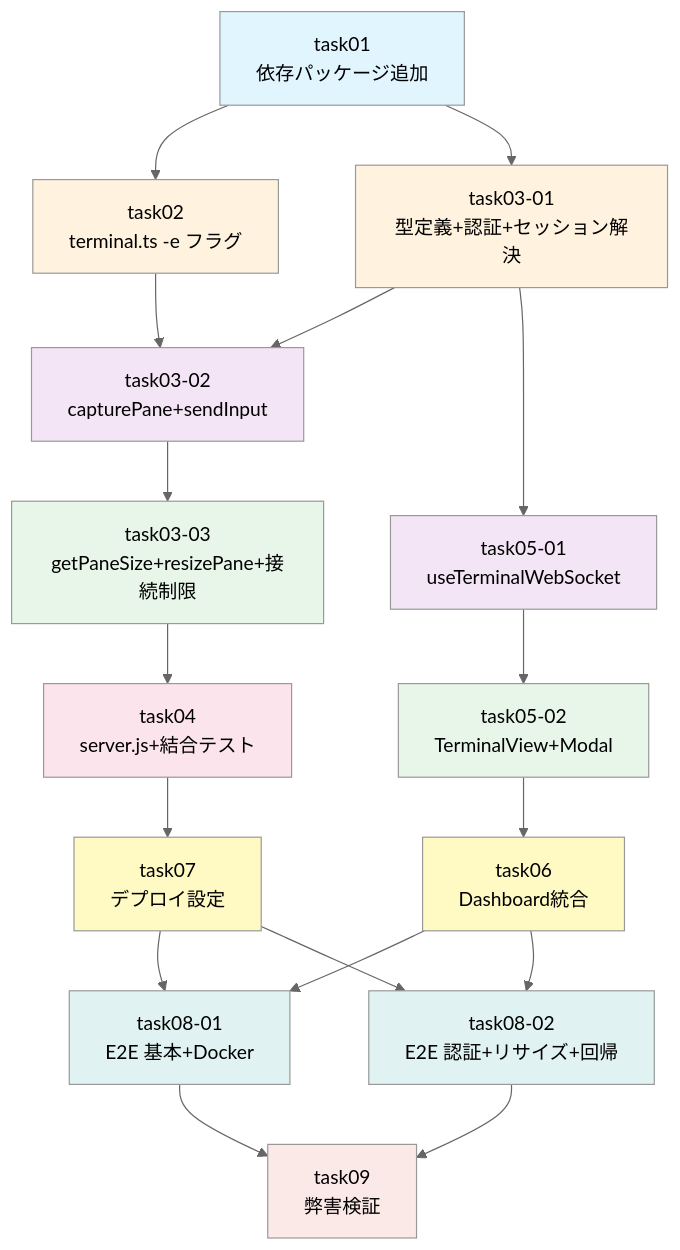
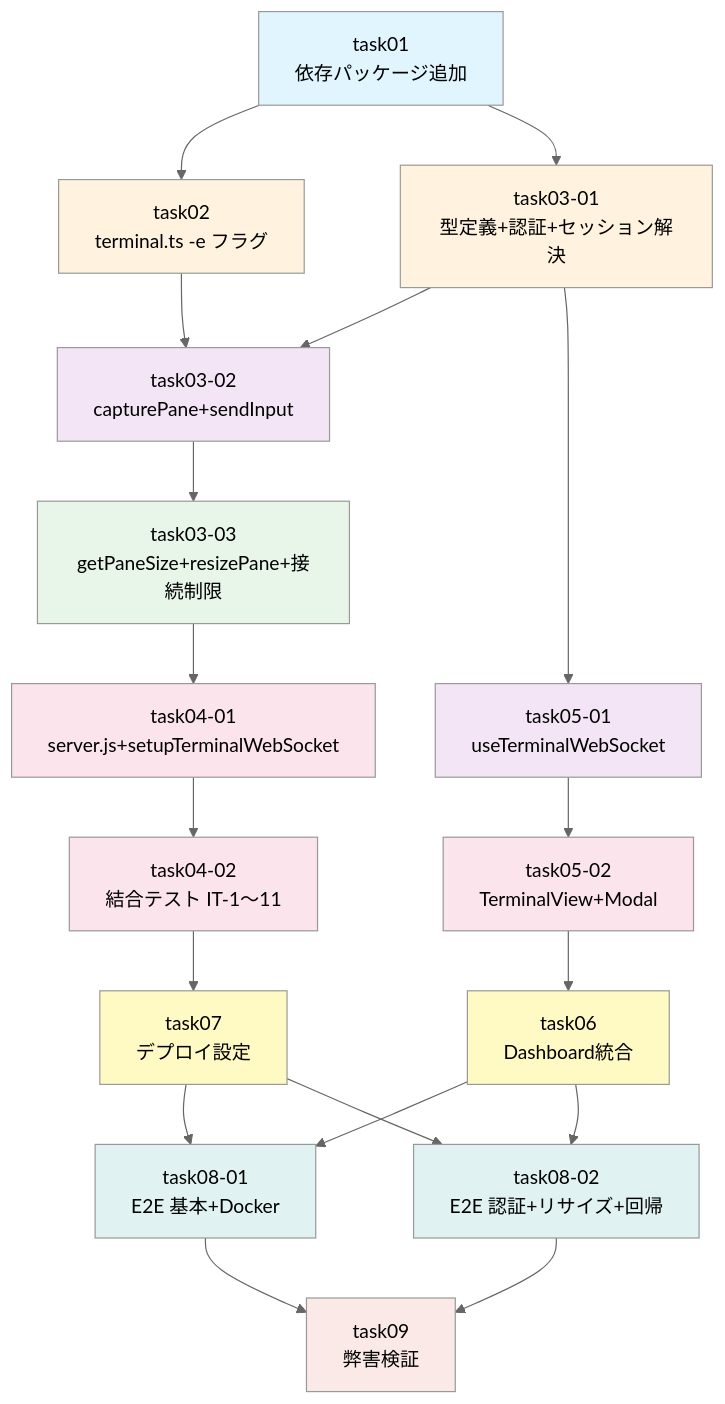
One commit to NagasakaH/dev-process changed the diagram in docs/copilot-session-viewer/plan/task-list.md. Above: the diagram before and after it, drawn with Mermaid (neutral theme). The commit also changed other lines of this file and 11 other files, not shown here.

````diff
--- a/docs/copilot-session-viewer/plan/task-list.md
+++ b/docs/copilot-session-viewer/plan/task-list.md
@@ -38,62 +39,66 @@
 ```mermaid
 graph TD
     task01["task01<br/>依存パッケージ追加"]
 
     task02["task02<br/>terminal.ts -e フラグ"]
     task03_01["task03-01<br/>型定義+認証+セッション解決"]
 
     task03_02["task03-02<br/>capturePane+sendInput"]
     task05_01["task05-01<br/>useTerminalWebSocket"]
 
     task03_03["task03-03<br/>getPaneSize+resizePane+接続制限"]
 
-    task04["task04<br/>server.js+結合テスト"]
+    task04_01["task04-01<br/>server.js+setupTerminalWebSocket"]
+    task04_02["task04-02<br/>結合テスト IT-1〜11"]
     task05_02["task05-02<br/>TerminalView+Modal"]
 
     task06["task06<br/>Dashboard統合"]
     task07["task07<br/>デプロイ設定"]
 
     task08_01["task08-01<br/>E2E 基本+Docker"]
     task08_02["task08-02<br/>E2E 認証+リサイズ+回帰"]
 
     task09["task09<br/>弊害検証"]
 
     task01 --> task02
     task01 --> task03_01
 
     task02 --> task03_02
     task03_01 --> task03_02
     task03_01 --> task05_01
 
     task03_02 --> task03_03
 
-    task03_03 --> task04
+    task03_03 --> task04_01
+
+    task04_01 --> task04_02
 
     task05_01 --> task05_02
 
     task05_02 --> task06
 
-    task04 --> task07
+    task04_02 --> task07
 
     task06 --> task08_01
     task07 --> task08_01
     task06 --> task08_02
     task07 --> task08_02
 
     task08_01 --> task09
     task08_02 --> task09
 
     style task01 fill:#e1f5fe
     style task02 fill:#fff3e0
     style task03_01 fill:#fff3e0
     style task03_02 fill:#f3e5f5
     style task05_01 fill:#f3e5f5
     style task03_03 fill:#e8f5e9
-    style task04 fill:#fce4ec
-    style task05_02 fill:#e8f5e9
+    style task04_01 fill:#fce4ec
+    style task04_02 fill:#fce4ec
+    style task05_02 fill:#fce4ec
     style task06 fill:#fff9c4
     style task07 fill:#fff9c4
     style task08_01 fill:#e0f2f1
     style task08_02 fill:#e0f2f1
     style task09 fill:#fbe9e7
 ```
````
